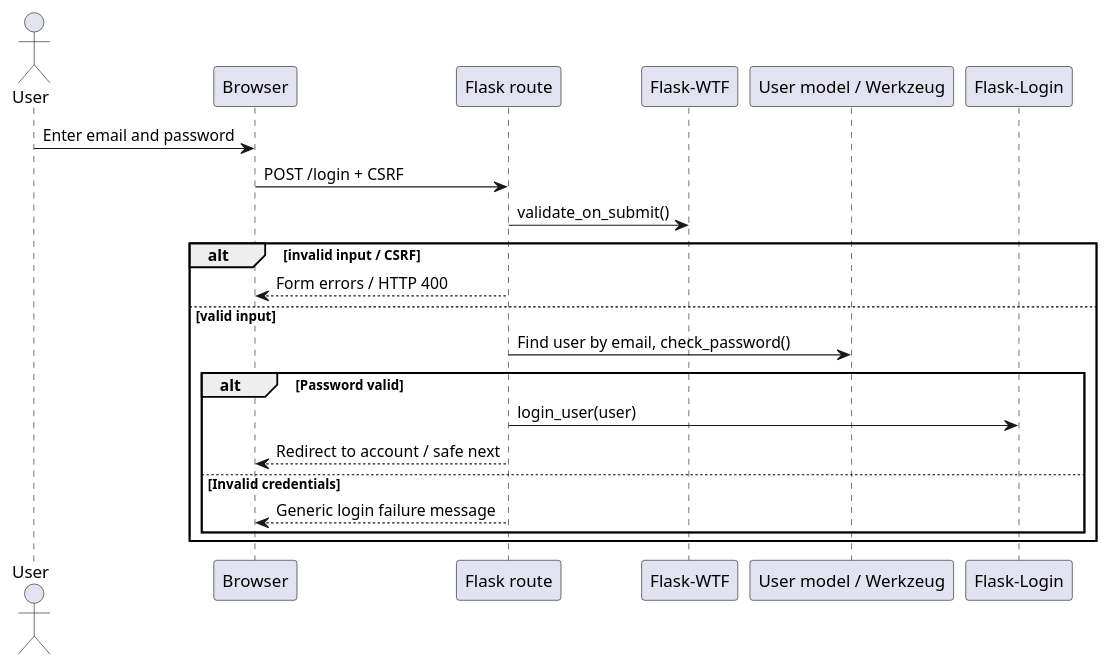
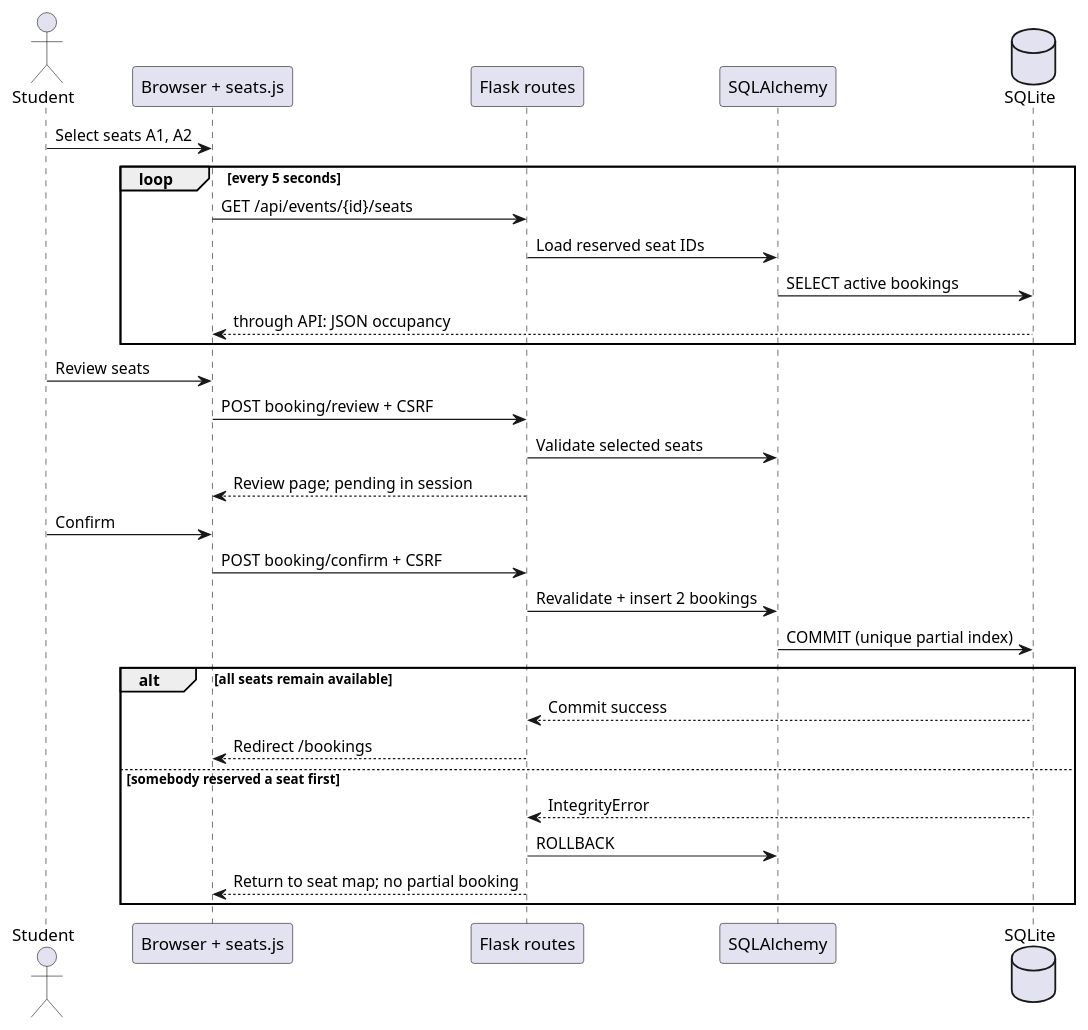
The fourth of 5 diagrams in docs/uml.md (ItsMONIKAAKTER/CSTBS), drawn with PlantUML before and after one commit. The commit also changed other lines of this file and 24 other files, not shown here.

````diff
--- a/docs/uml.md
+++ b/docs/uml.md
@@ -110,24 +131,32 @@
 ```plantuml
 @startuml
-actor User
-participant Browser
-participant "Flask route" as Route
-participant "Flask-WTF" as Form
-participant "User model / Werkzeug" as Model
-participant "Flask-Login" as Login
-User -> Browser : Enter email and password
-Browser -> Route : POST /login + CSRF
-Route -> Form : validate_on_submit()
-alt invalid input / CSRF
-  Route --> Browser : Form errors / HTTP 400
-else valid input
-  Route -> Model : Find user by email, check_password()
-  alt Password valid
-    Route -> Login : login_user(user)
-    Route --> Browser : Redirect to account / safe next
-  else Invalid credentials
-    Route --> Browser : Generic login failure message
-  end
+actor Student
+participant "Browser + seats.js" as Browser
+participant "Flask routes" as Route
+participant "SQLAlchemy" as ORM
+database SQLite as DB
+Student -> Browser : Select seats A1, A2
+loop every 5 seconds
+  Browser -> Route : GET /api/events/{id}/seats
+  Route -> ORM : Load reserved seat IDs
+  ORM -> DB : SELECT active bookings
+  DB --> Browser : through API: JSON occupancy
+end
+Student -> Browser : Review seats
+Browser -> Route : POST booking/review + CSRF
+Route -> ORM : Validate selected seats
+Route --> Browser : Review page; pending in session
+Student -> Browser : Confirm
+Browser -> Route : POST booking/confirm + CSRF
+Route -> ORM : Revalidate + insert 2 bookings
+ORM -> DB : COMMIT (unique partial index)
+alt all seats remain available
+  DB --> Route : Commit success
+  Route --> Browser : Redirect /bookings
+else somebody reserved a seat first
+  DB --> Route : IntegrityError
+  Route -> ORM : ROLLBACK
+  Route --> Browser : Return to seat map; no partial booking
 end
 @enduml
 ```
````
